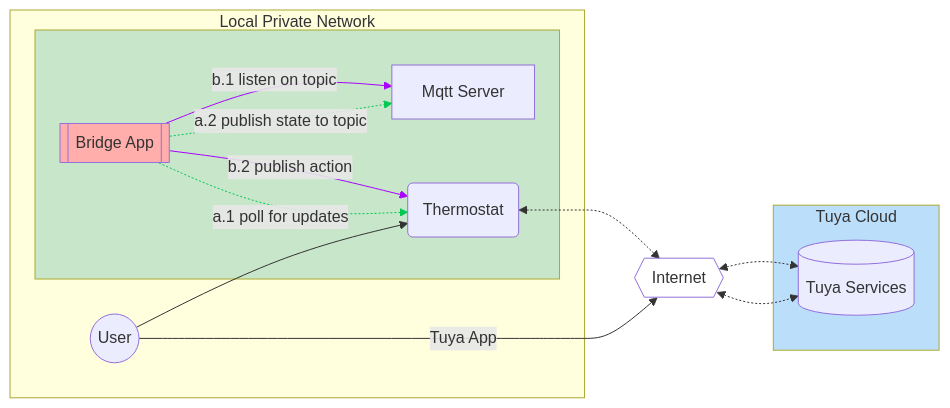
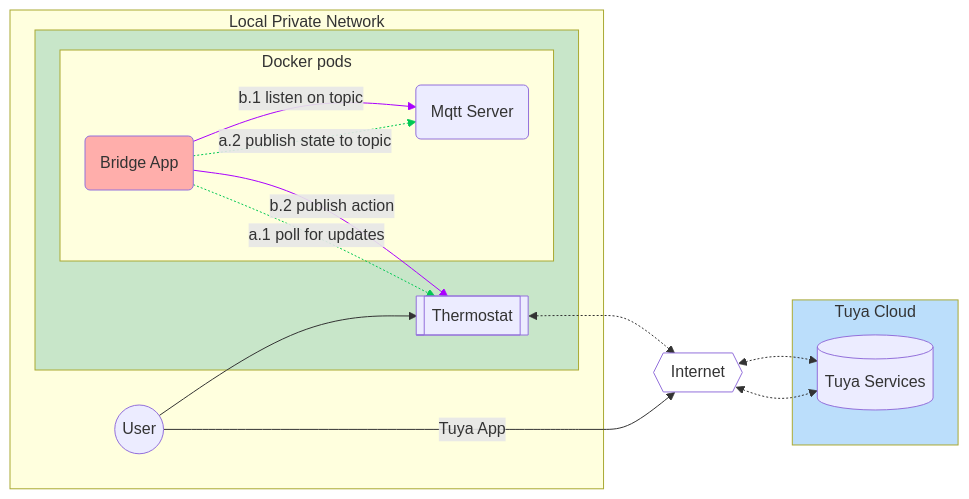
The diagram in README.md (marius-cornescu/python.moes_thermostat_bridge), drawn with Mermaid before and after one commit.

Commit message:
Update README.md with Docker and Bridge App diagram

````diff
--- a/README.md
+++ b/README.md
@@ -9,33 +9,36 @@
 ```mermaid
 flowchart LR
- subgraph LN2[" "]
-        S["Mqtt Server"]
-        TH("Thermostat")
-        BR[["Bridge App"]]
+ subgraph DOCKER["Docker pods"]
+        S("Mqtt Server")
+        BR("Bridge App")
+  end
+ subgraph BRIDGE[" "]
+        DOCKER
+        TH[["Thermostat"]]
   end
  subgraph LN["Local Private Network"]
         U(("User"))
-        LN2
+        BRIDGE
   end
  subgraph PC["Tuya Cloud"]
         TUYA_CLOUD[("Tuya Services")]
   end
     U -- Tuya App --> I{{"Internet"}}
     U --> TH
     BR -. "a.1 poll for updates" .-> TH
     BR -. "a.2 publish state to topic" .-> S
     BR -- "b.1 listen on topic" --> S
     BR -- "b.2 publish action" --> TH
     TH <-.-> I
     I <-.-> TUYA_CLOUD & TUYA_CLOUD
 
     style BR fill:#FFAEAB
-    style LN2 fill:#C8E6C9
+    style BRIDGE fill:#C8E6C9
     style I fill:#FFFFFF
     style PC fill:#BBDEFB
     linkStyle 2 stroke:#00C853
     linkStyle 3 stroke:#00C853,fill:none
     linkStyle 4 stroke:#AA00FF,fill:none
     linkStyle 5 stroke:#AA00FF,fill:none
 
 ```
````
